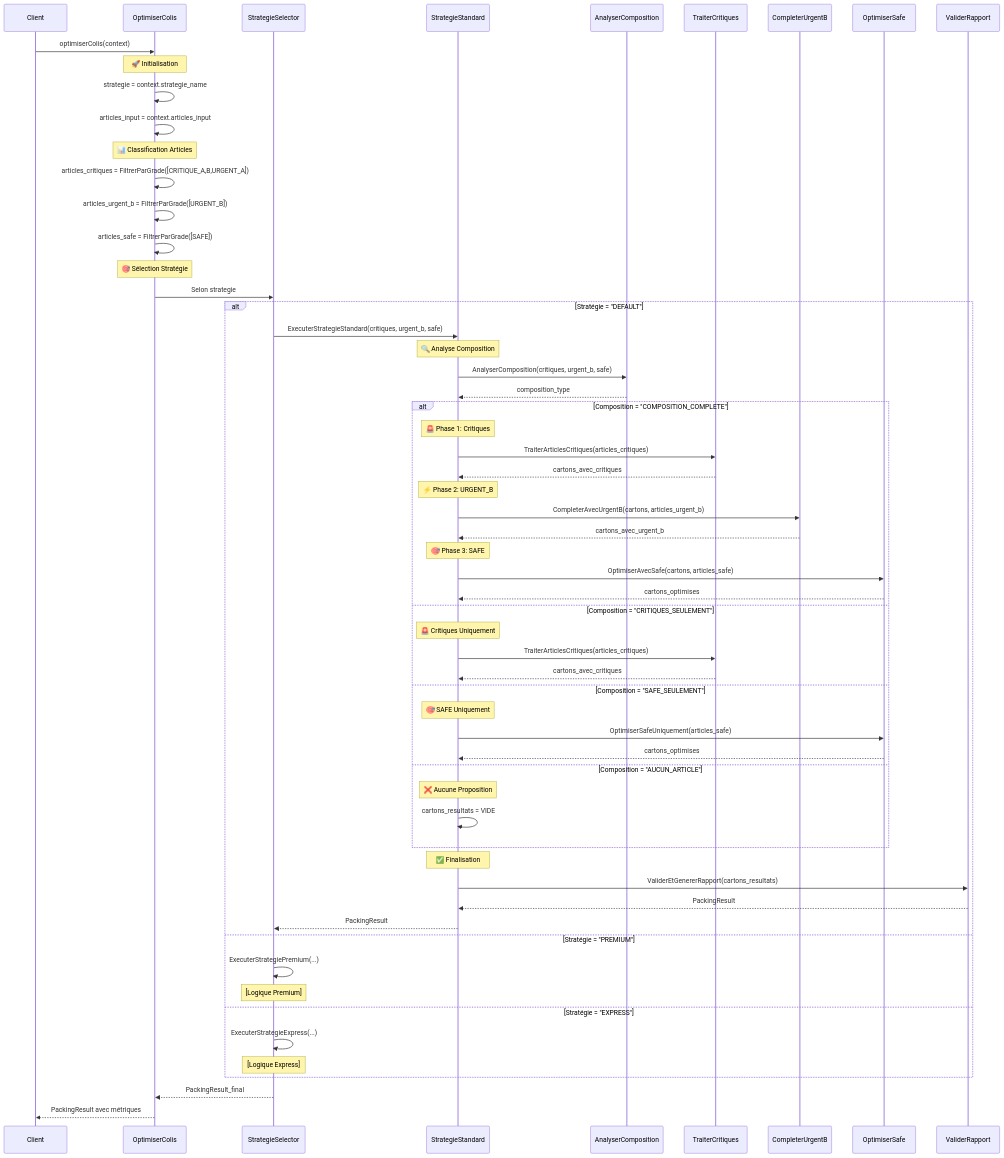
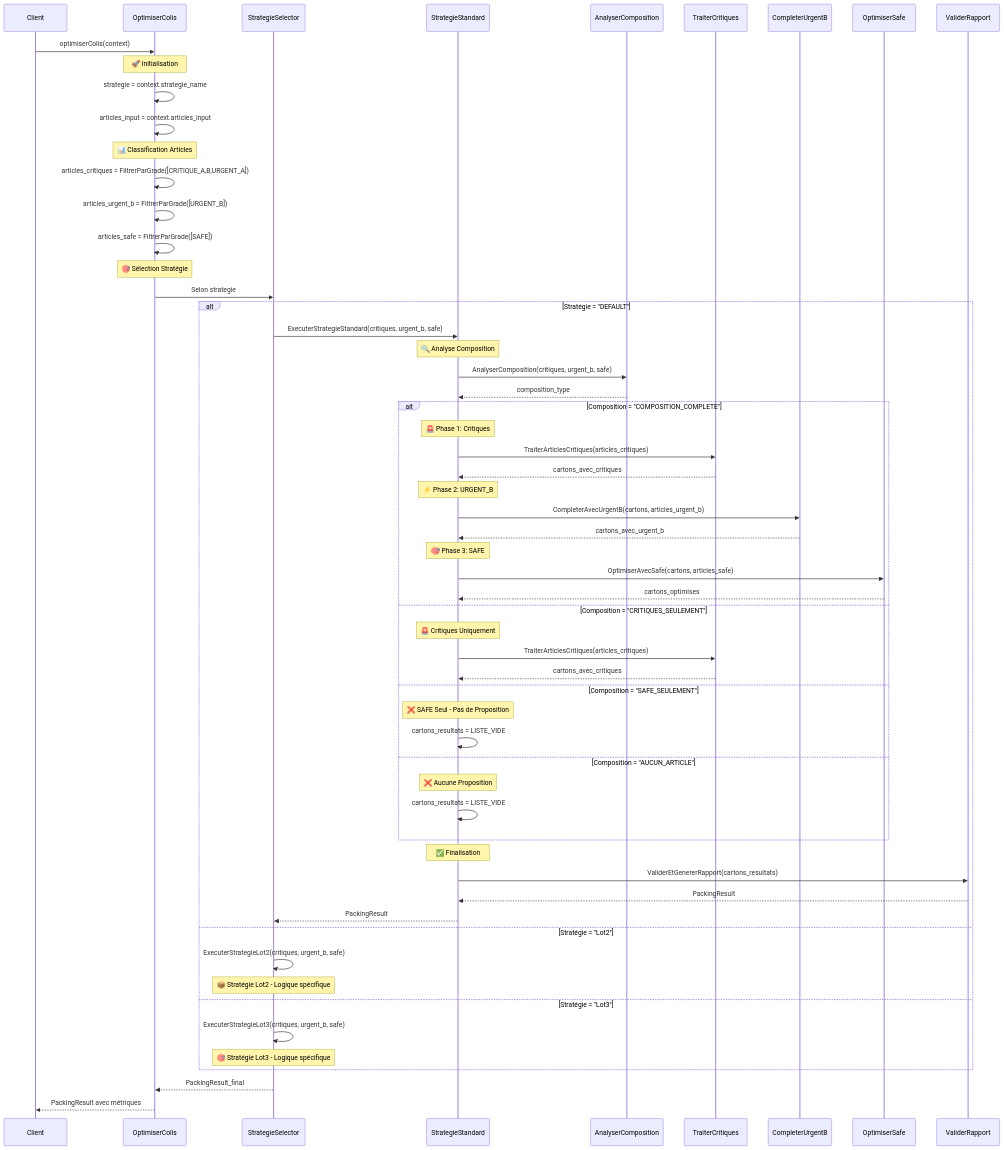
One commit to Singularity-Institute/PTL-r-appro- changed the first of 5 diagrams in Diagrammes-OptimiserColis-Visuels.md. Above: the diagram before and after it, drawn with Mermaid. The commit also changed other lines of this file, not shown here.

````diff
--- a/Diagrammes-OptimiserColis-Visuels.md
+++ b/Diagrammes-OptimiserColis-Visuels.md
@@ -5,78 +5,77 @@
 ```mermaid
 sequenceDiagram
     participant Client
     participant Orchestrateur as OptimiserColis
     participant Strategy as StrategieSelector
     participant Standard as StrategieStandard
     participant Analyseur as AnalyserComposition
     participant Phase1 as TraiterCritiques
     participant Phase2 as CompleterUrgentB
     participant Phase3 as OptimiserSafe
     participant Validateur as ValiderRapport
 
     Client->>Orchestrateur: optimiserColis(context)
 
     Note over Orchestrateur: 🚀 Initialisation
     Orchestrateur->>Orchestrateur: strategie = context.strategie_name
     Orchestrateur->>Orchestrateur: articles_input = context.articles_input
 
     Note over Orchestrateur: 📊 Classification Articles
     Orchestrateur->>Orchestrateur: articles_critiques = FiltrerParGrade([CRITIQUE_A,B,URGENT_A])
     Orchestrateur->>Orchestrateur: articles_urgent_b = FiltrerParGrade([URGENT_B])
     Orchestrateur->>Orchestrateur: articles_safe = FiltrerParGrade([SAFE])
 
     Note over Orchestrateur: 🎯 Sélection Stratégie
     Orchestrateur->>Strategy: Selon strategie
 
     alt Stratégie = "DEFAULT"
         Strategy->>Standard: ExecuterStrategieStandard(critiques, urgent_b, safe)
 
         Note over Standard: 🔍 Analyse Composition
         Standard->>Analyseur: AnalyserComposition(critiques, urgent_b, safe)
         Analyseur-->>Standard: composition_type
 
         alt Composition = "COMPOSITION_COMPLETE"
             Note over Standard: 🚨 Phase 1: Critiques
             Standard->>Phase1: TraiterArticlesCritiques(articles_critiques)
             Phase1-->>Standard: cartons_avec_critiques
 
             Note over Standard: ⚡ Phase 2: URGENT_B
             Standard->>Phase2: CompleterAvecUrgentB(cartons, articles_urgent_b)
             Phase2-->>Standard: cartons_avec_urgent_b
 
             Note over Standard: 🎯 Phase 3: SAFE
             Standard->>Phase3: OptimiserAvecSafe(cartons, articles_safe)
             Phase3-->>Standard: cartons_optimises
 
         else Composition = "CRITIQUES_SEULEMENT"
             Note over Standard: 🚨 Critiques Uniquement
             Standard->>Phase1: TraiterArticlesCritiques(articles_critiques)
             Phase1-->>Standard: cartons_avec_critiques
 
         else Composition = "SAFE_SEULEMENT"
-            Note over Standard: 🎯 SAFE Uniquement
-            Standard->>Phase3: OptimiserSafeUniquement(articles_safe)
-            Phase3-->>Standard: cartons_optimises
+            Note over Standard: ❌ SAFE Seul - Pas de Proposition
+            Standard->>Standard: cartons_resultats = LISTE_VIDE
 
         else Composition = "AUCUN_ARTICLE"
             Note over Standard: ❌ Aucune Proposition
-            Standard->>Standard: cartons_resultats = VIDE
+            Standard->>Standard: cartons_resultats = LISTE_VIDE
         end
 
         Note over Standard: ✅ Finalisation
         Standard->>Validateur: ValiderEtGenererRapport(cartons_resultats)
         Validateur-->>Standard: PackingResult
         Standard-->>Strategy: PackingResult
 
-    else Stratégie = "PREMIUM"
-        Strategy->>Strategy: ExecuterStrategiePremium(...)
-        Note over Strategy: [Logique Premium]
+    else Stratégie = "Lot2"
+        Strategy->>Strategy: ExecuterStrategieLot2(critiques, urgent_b, safe)
+        Note over Strategy: 📦 Stratégie Lot2 - Logique spécifique
 
-    else Stratégie = "EXPRESS"
-        Strategy->>Strategy: ExecuterStrategieExpress(...)
-        Note over Strategy: [Logique Express]
+    else Stratégie = "Lot3"
+        Strategy->>Strategy: ExecuterStrategieLot3(critiques, urgent_b, safe)
+        Note over Strategy: 🎯 Stratégie Lot3 - Logique spécifique
     end
 
     Strategy-->>Orchestrateur: PackingResult_final
     Orchestrateur-->>Client: PackingResult avec métriques
 ```
````
